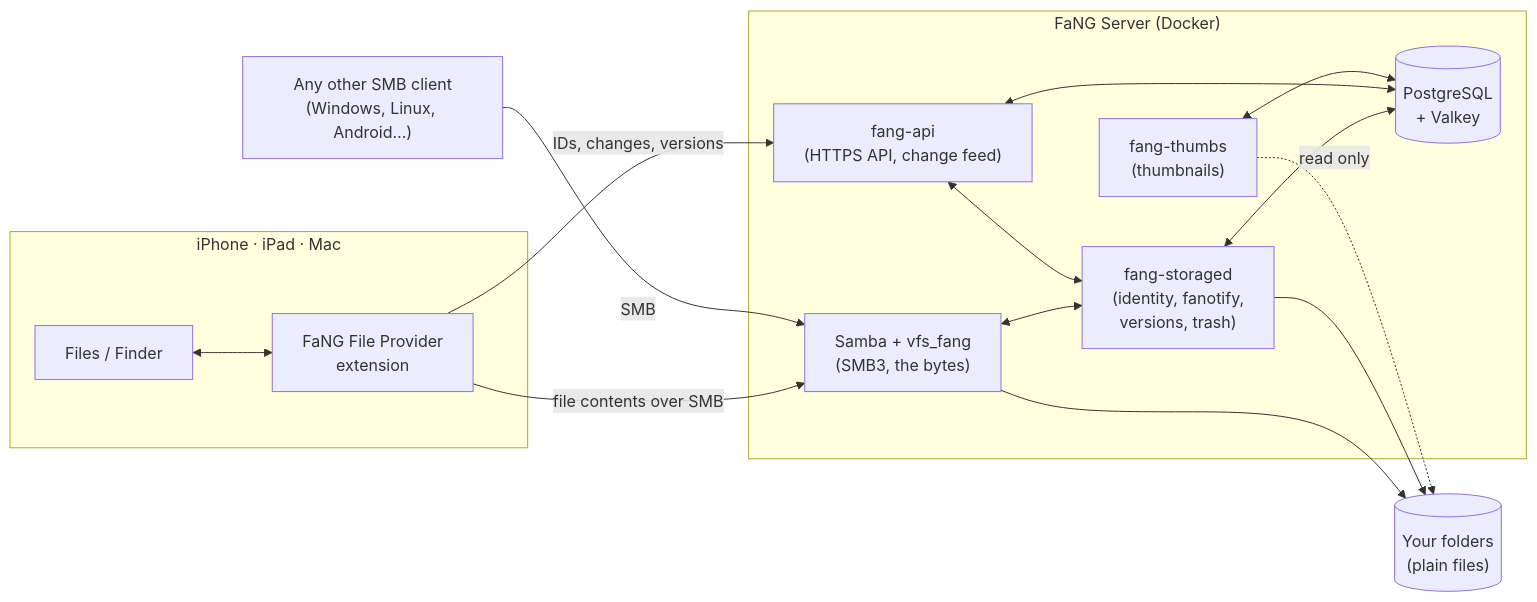
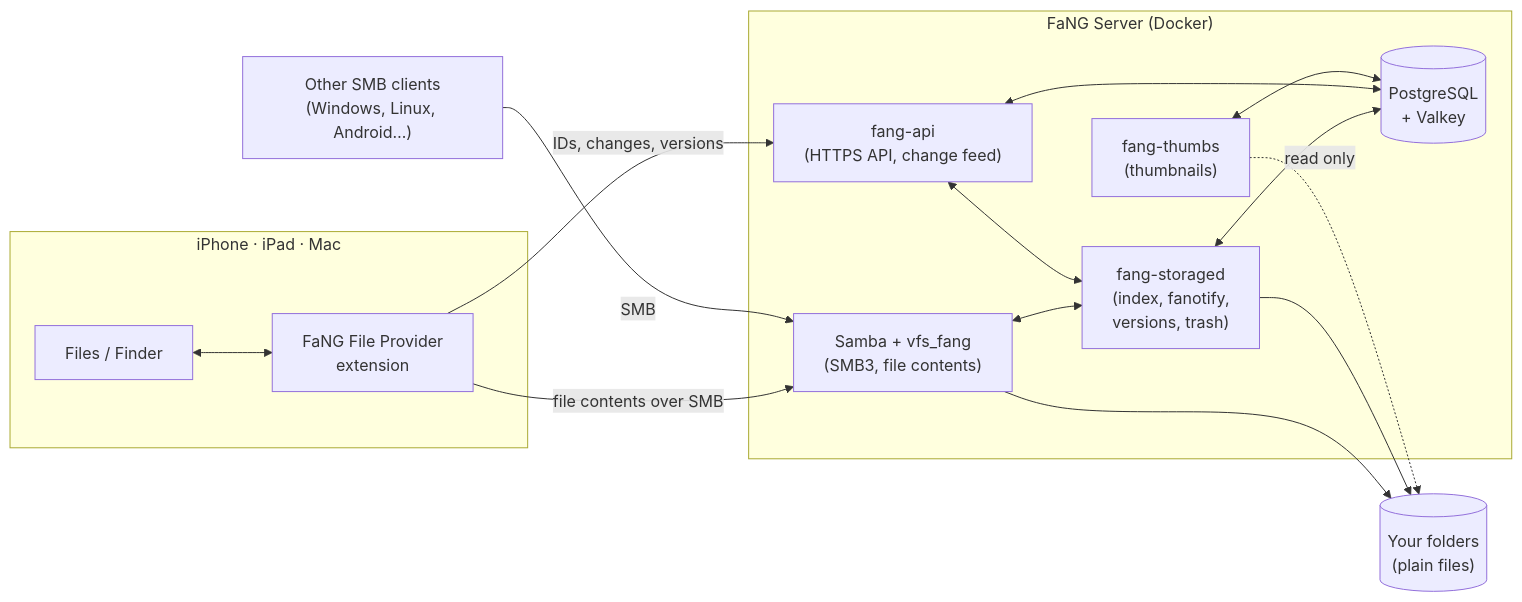
Before and after one commit to relink2013/FaNG: the diagram in README.md, drawn with Mermaid. The commit also changed other lines of this file and 2 other files, not shown here.

````diff
--- a/README.md
+++ b/README.md
@@ -137,31 +129,31 @@
 ```mermaid
 flowchart LR
     subgraph Apple["iPhone · iPad · Mac"]
         Files["Files / Finder"]
         Ext["FaNG File Provider<br>extension"]
         Files <--> Ext
     end
 
     subgraph Server["FaNG Server (Docker)"]
-        Samba["Samba + vfs_fang<br>(SMB3, the bytes)"]
+        Samba["Samba + vfs_fang<br>(SMB3, file contents)"]
         API["fang-api<br>(HTTPS API, change feed)"]
-        Storaged["fang-storaged<br>(identity, fanotify,<br>versions, trash)"]
+        Storaged["fang-storaged<br>(index, fanotify,<br>versions, trash)"]
         Thumbs["fang-thumbs<br>(thumbnails)"]
         DB[("PostgreSQL<br>+ Valkey")]
         Samba <--> Storaged
         API <--> Storaged
         Storaged <--> DB
         API <--> DB
         Thumbs <--> DB
     end
 
     Disk[("Your folders<br>(plain files)")]
-    Others["Any other SMB client<br>(Windows, Linux, Android…)"]
+    Others["Other SMB clients<br>(Windows, Linux, Android…)"]
 
     Ext -- "file contents over SMB" --> Samba
     Ext -- "IDs, changes, versions" --> API
     Others -- SMB --> Samba
     Samba --> Disk
     Storaged --> Disk
     Thumbs -. read only .-> Disk
 ```
````
